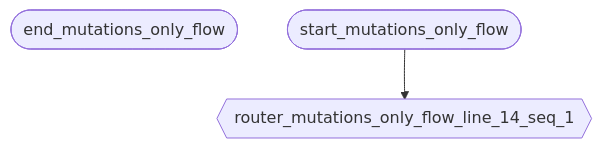
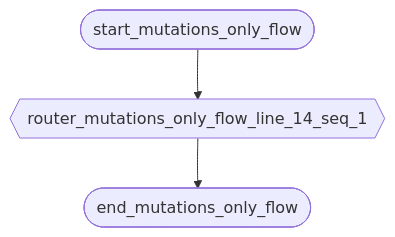
The diagram in examples/flows/compiled/mutations_only/flow.mmd (deliveryhero/asya), drawn with Mermaid before and after one commit. The commit also changed 183 other files, not shown here.

```diff
--- a/examples/flows/compiled/mutations_only/flow.mmd
+++ b/examples/flows/compiled/mutations_only/flow.mmd
@@ -1,8 +1,9 @@
 flowchart TD
     %% Flow: mutations_only_flow
 
     end_mutations_only_flow([end_mutations_only_flow])
     router_mutations_only_flow_line_14_seq_1{{router_mutations_only_flow_line_14_seq_1}}
     start_mutations_only_flow([start_mutations_only_flow])
 
     start_mutations_only_flow --> router_mutations_only_flow_line_14_seq_1
+    router_mutations_only_flow_line_14_seq_1 --> end_mutations_only_flow
```
